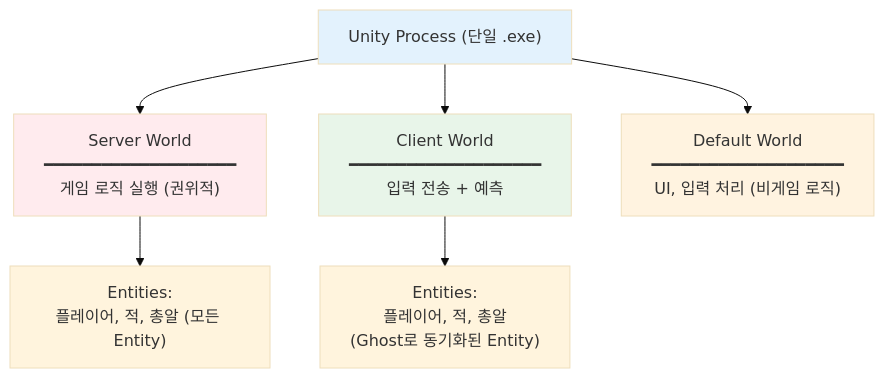
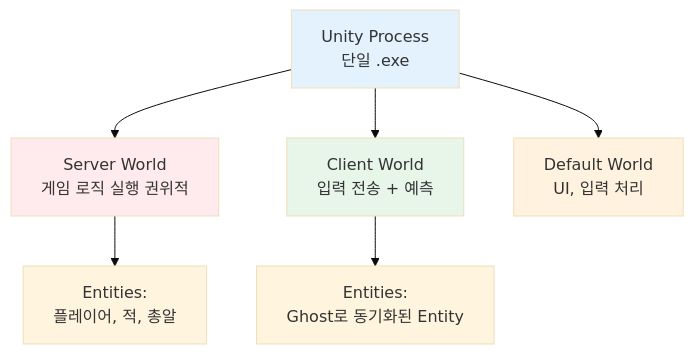
One commit to lmo0317/projectc changed the fourth of 8 diagrams in README.md. Above: the diagram before and after it, drawn with Mermaid (base theme). The commit also changed other lines of this file, not shown here.

````diff
--- a/README.md
+++ b/README.md
@@ -371,17 +368,17 @@
 ```mermaid
-graph TB
-    Process["Unity Process (단일 .exe)"]
+flowchart TB
+    Process["Unity Process<br/>단일 .exe"]
 
-    Process --> SW["Server World<br/>━━━━━━━━━━━━━━━━━━━━<br/>게임 로직 실행 (권위적)"]
-    SW --> SWE["Entities:<br/>플레이어, 적, 총알 (모든 Entity)"]
+    Process --> SW["Server World<br/>게임 로직 실행 권위적"]
+    SW --> SWE["Entities:<br/>플레이어, 적, 총알"]
 
-    Process --> CW["Client World<br/>━━━━━━━━━━━━━━━━━━━━<br/>입력 전송 + 예측"]
-    CW --> CWE["Entities:<br/>플레이어, 적, 총알<br/>(Ghost로 동기화된 Entity)"]
+    Process --> CW["Client World<br/>입력 전송 + 예측"]
+    CW --> CWE["Entities:<br/>Ghost로 동기화된 Entity"]
 
-    Process --> DW["Default World<br/>━━━━━━━━━━━━━━━━━━━━<br/>UI, 입력 처리 (비게임 로직)"]
+    Process --> DW["Default World<br/>UI, 입력 처리"]
 
     style Process fill:#e3f2fd
     style SW fill:#ffebee
     style CW fill:#e8f5e9
     style DW fill:#fff3e0
 ```
````
